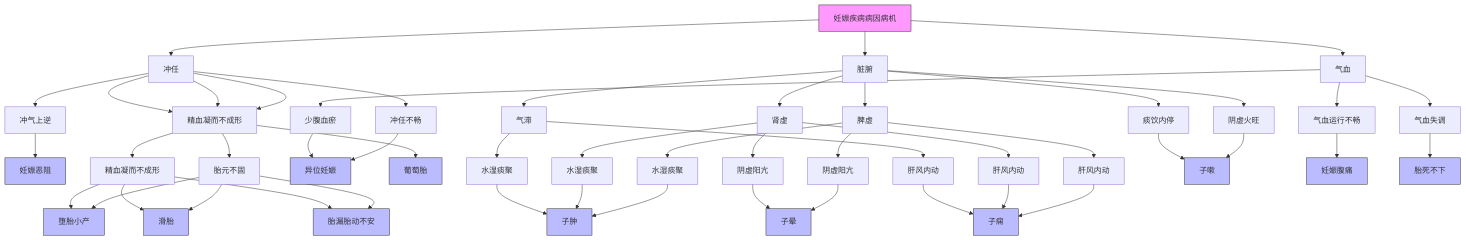
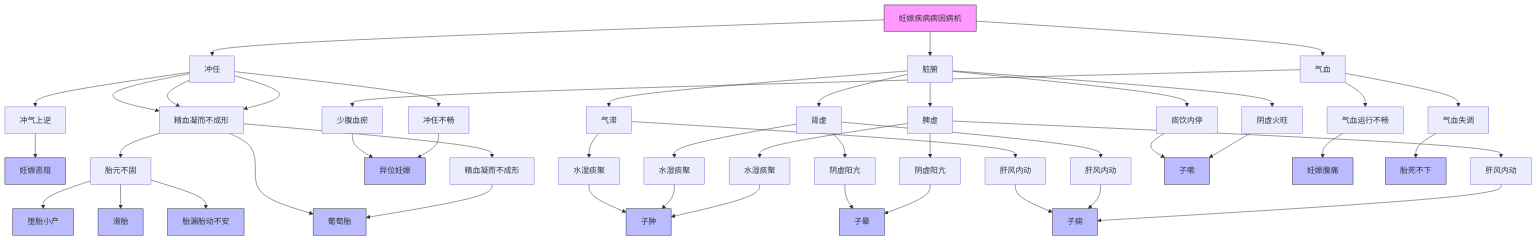
One commit to lili23755/iodraw-files changed the diagram in all/未命名.md. Above: the diagram before and after it, drawn with Mermaid.

Commit message:
2025-04-04 10:58:02 update

````diff
--- a/all/未命名.md
+++ b/all/未命名.md
@@ -1,42 +1,42 @@
 ```mermaid
 flowchart TD
     A[妊娠疾病病因病机] --> B[冲任]
     A --> C[脏腑]
     A --> D[气血]
     
     B --> B1[冲气上逆] --> 妊娠恶阻
     B --> B2[冲任损伤] --> B2a[胎元不固] --> 堕胎小产 & 滑胎 & 胎漏胎动不安
-    B --> B2[冲任损伤] --> B2b[精血凝而不成形] --> 堕胎小产 & 滑胎 & 胎漏胎动不安
+    B --> B2[冲任损伤] --> B2b[精血凝而不成形] -->葡萄胎 
     B --> B3[冲任不畅] --> 异位妊娠
     B --> B2[精血凝而不成形] --> 葡萄胎
     
     C --> C1[脾虚] --> C1a[水湿痰聚] --> 子肿
     C1 --> C1b[肝风内动] --> 子痫
     C1 --> C1c[阴虚阳亢] --> 子晕
     C --> C2[肾虚] --> C2a[水湿痰聚] --> 子肿
     C2 --> C2b[肝风内动] --> 子痫
     C2 --> C2c[阴虚阳亢] --> 子晕
     C --> C3[气滞] --> C3a[水湿痰聚] --> 子肿
     C3 --> C3b[肝风内动] --> 子痫
     C --> C4[阴虚火旺] --> 子嗽
     C --> C5[痰饮内停] --> 子嗽
     
     D --> D1[气血运行不畅] --> 妊娠腹痛
     D --> D2[气血失调] --> 胎死不下
     D --> D3[少腹血瘀] --> 异位妊娠
 
     style A fill:#f9f,stroke:#333
     style 妊娠恶阻 fill:#bbf,stroke:#333
     style 堕胎小产 fill:#bbf,stroke:#333
     style 滑胎 fill:#bbf,stroke:#333
     style 异位妊娠 fill:#bbf,stroke:#333
     style 子肿 fill:#bbf,stroke:#333
     style 子痫 fill:#bbf,stroke:#333
     style 胎漏胎动不安 fill:#bbf,stroke:#333
     style 胎死不下 fill:#bbf,stroke:#333
     style 妊娠腹痛 fill:#bbf,stroke:#333
     style 葡萄胎 fill:#bbf,stroke:#333
     style 子晕 fill:#bbf,stroke:#333
     style 子嗽 fill:#bbf,stroke:#333
 	  
 ```
````
